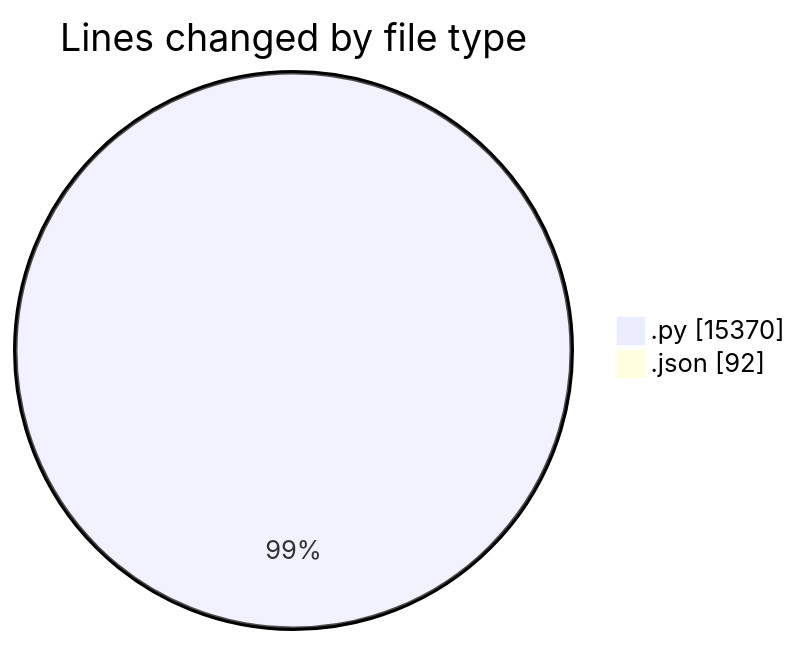
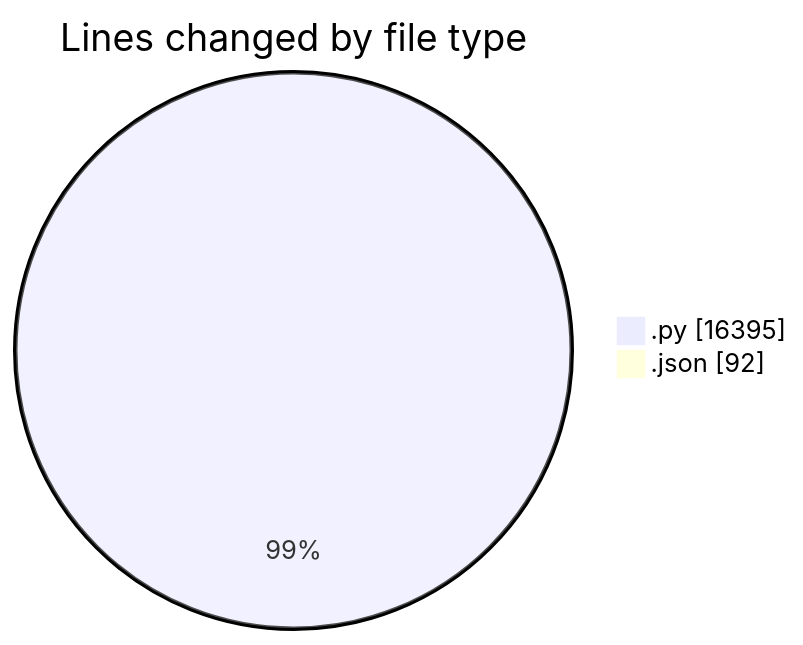
Before and after one commit to jrari/code-tracking: the first of 2 diagrams in 2025-07-13/telebot/README.md, drawn with Mermaid. The commit also changed other lines of this file and 1 other file, not shown here.

````diff
--- a/2025-07-13/telebot/README.md
+++ b/2025-07-13/telebot/README.md
@@ -43,6 +45,6 @@
 ```mermaid
 pie showData
 title Lines changed by file type
-".py" : 15370
+".py" : 16395
 ".json" : 92
 ```
````
